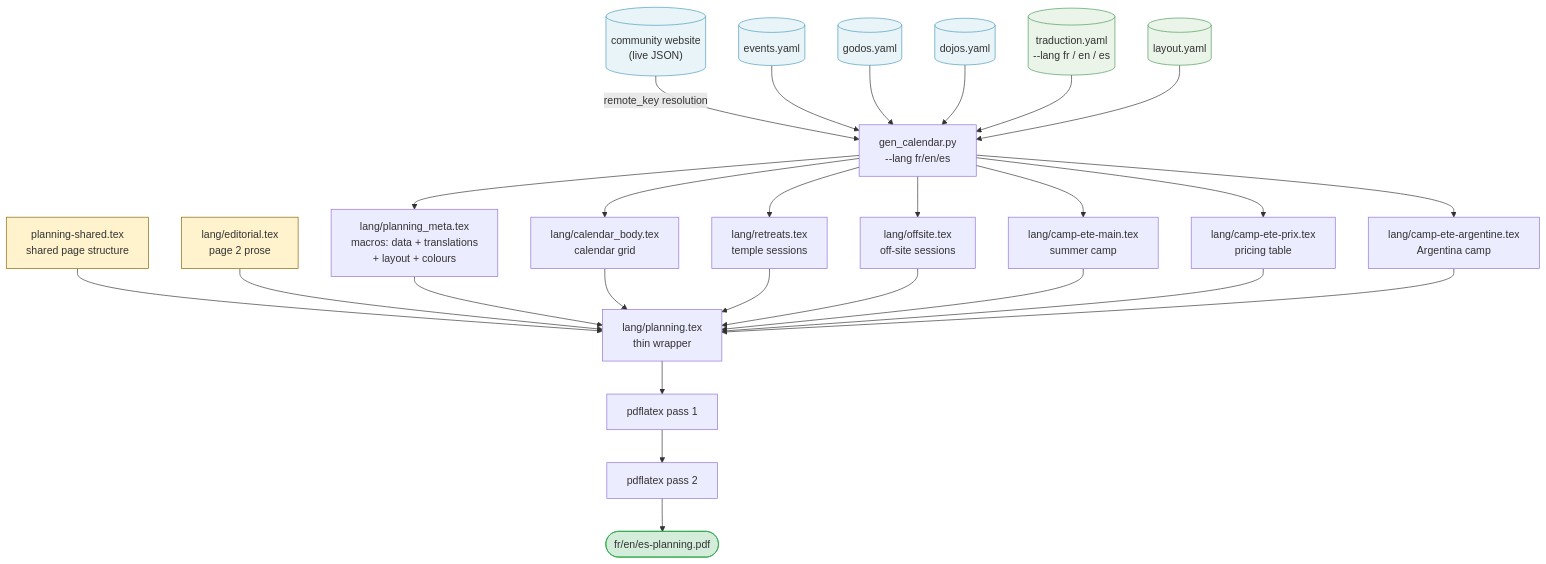
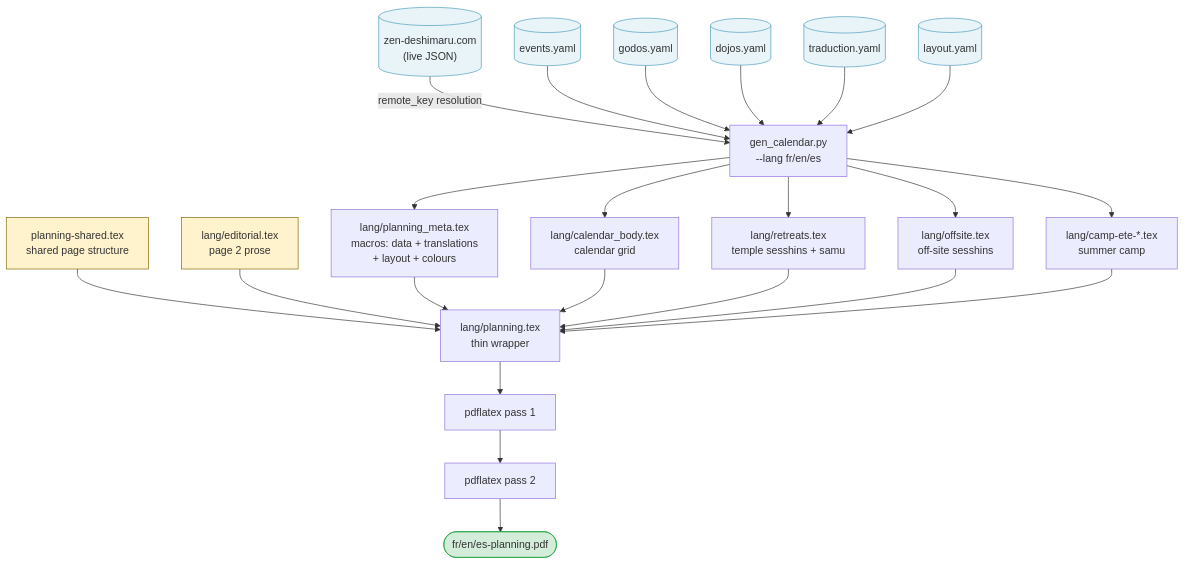
Before and after one commit to olivier-carrere/redaction-technique.org: the diagram in src/content/blog/planning-poster-layout-data-generation-separation.mdx, drawn with Mermaid.

Commit message:
edit(blog): update pipeline diagram to match README
- R node: community website → zen-deshimaru.com
- TR node: remove --lang label (implied by gen_calendar.py node)
- ST node: temple sessions → temple sesshins + samu
- CE node: collapsed three camp fragments into camp-ete-*.tex wildcard
- TR and LY styles: green → blue (same as other YAML source nodes)

````diff
--- a/src/content/blog/planning-poster-layout-data-generation-separation.mdx
+++ b/src/content/blog/planning-poster-layout-data-generation-separation.mdx
@@ -51,40 +51,36 @@
 ```mermaid
 flowchart TD
-    R[("community website<br/>(live JSON)")] -->|remote_key resolution| G
+    R[("zen-deshimaru.com<br/>(live JSON)")] -->|remote_key resolution| G
     EV[(events.yaml)] --> G
     GO[(godos.yaml)] --> G
     DO[(dojos.yaml)] --> G
-    TR[(traduction.yaml<br/>--lang fr / en / es)] --> G
+    TR[(traduction.yaml)] --> G
     LY[(layout.yaml)] --> G
     G[gen_calendar.py<br/>--lang fr/en/es] --> M[lang/planning_meta.tex<br/>macros: data + translations<br/>+ layout + colours]
     G --> CB[lang/calendar_body.tex<br/>calendar grid]
-    G --> ST[lang/retreats.tex<br/>temple sessions]
-    G --> AS[lang/offsite.tex<br/>off-site sessions]
-    G --> CE[lang/camp-ete-main.tex<br/>summer camp]
-    G --> CP[lang/camp-ete-prix.tex<br/>pricing table]
-    G --> CA[lang/camp-ete-argentine.tex<br/>Argentina camp]
+    G --> ST[lang/retreats.tex<br/>temple sesshins + samu]
+    G --> AS[lang/offsite.tex<br/>off-site sesshins]
+    G --> CE[lang/camp-ete-*.tex<br/>summer camp]
 
     SH[planning-shared.tex<br/>shared page structure] --> P
     ED[lang/editorial.tex<br/>page 2 prose] --> P
     M --> P[lang/planning.tex<br/>thin wrapper]
     CB --> P
     ST --> P
     AS --> P
     CE --> P
-    CP --> P
-    CA --> P
 
     P --> L1[pdflatex pass 1]
     L1 --> L2[pdflatex pass 2]
     L2 --> F([fr/en/es-planning.pdf])
 
     style R fill:#e8f4f8,stroke:#4a9abb
     style EV fill:#e8f4f8,stroke:#4a9abb
     style GO fill:#e8f4f8,stroke:#4a9abb
     style DO fill:#e8f4f8,stroke:#4a9abb
-    style TR fill:#eaf4e8,stroke:#4a9a5b
-    style LY fill:#eaf4e8,stroke:#4a9a5b
+    style TR fill:#e8f4f8,stroke:#4a9abb
+    style LY fill:#e8f4f8,stroke:#4a9abb
     style SH fill:#fff3cd,stroke:#856404
     style ED fill:#fff3cd,stroke:#856404
     style F fill:#d4edda,stroke:#28a745
 ```
````
